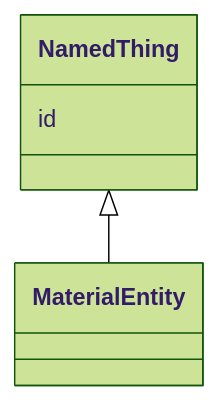
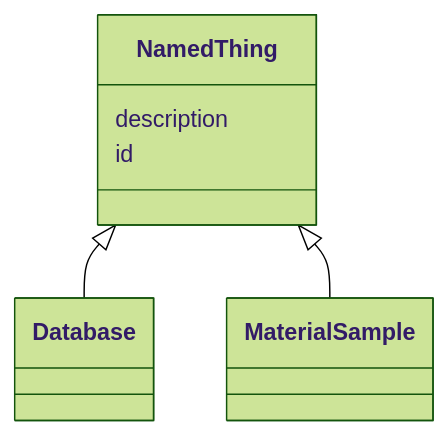
The diagram in docs/NamedThing.md (microbiomedata/schema_hackathon), drawn with Mermaid (forest theme) before and after one commit. The commit also changed other lines of this file and 162 other files, not shown here.

````diff
--- a/docs/NamedThing.md
+++ b/docs/NamedThing.md
@@ -11,7 +11,9 @@
 ```mermaid
  classDiagram
-      NamedThing <|-- MaterialEntity
+      NamedThing <|-- Database
+      NamedThing <|-- MaterialSample
       
+      NamedThing : description
       NamedThing : id
       
 ```
````
